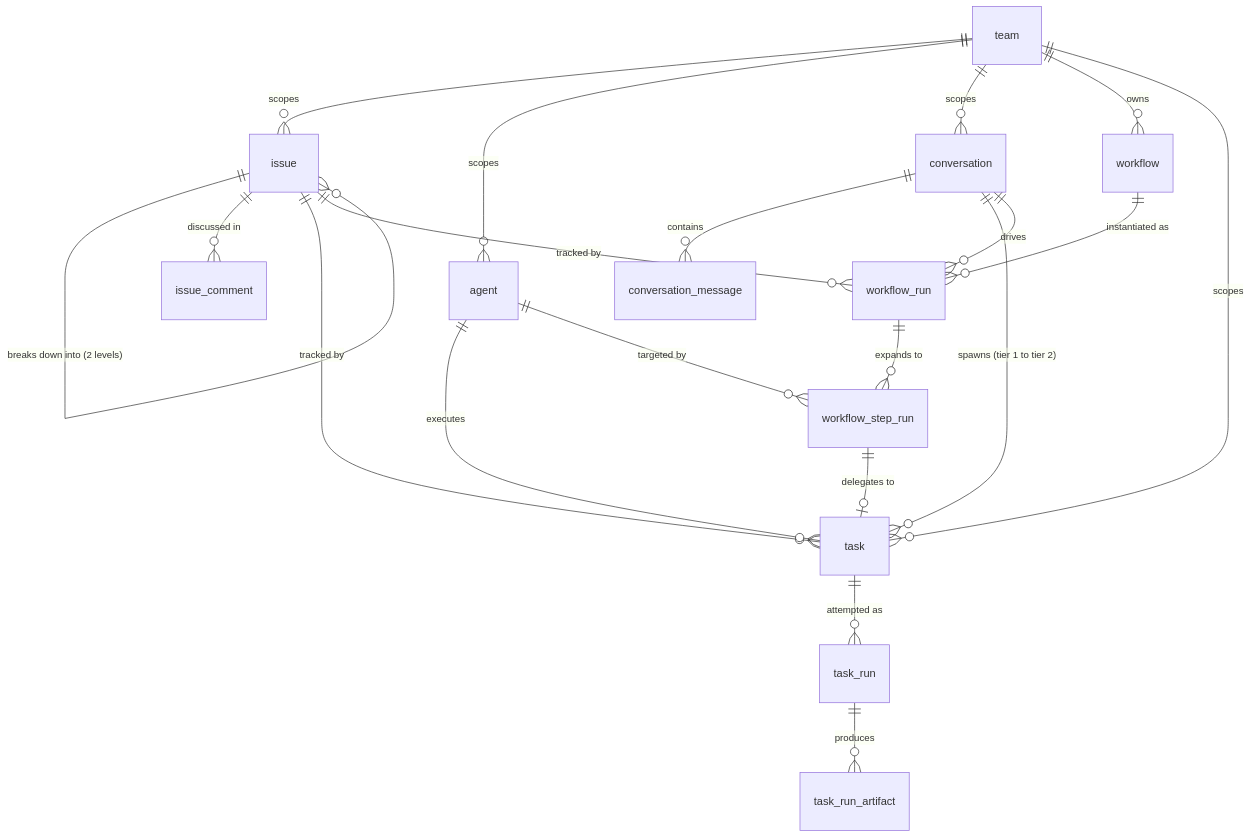
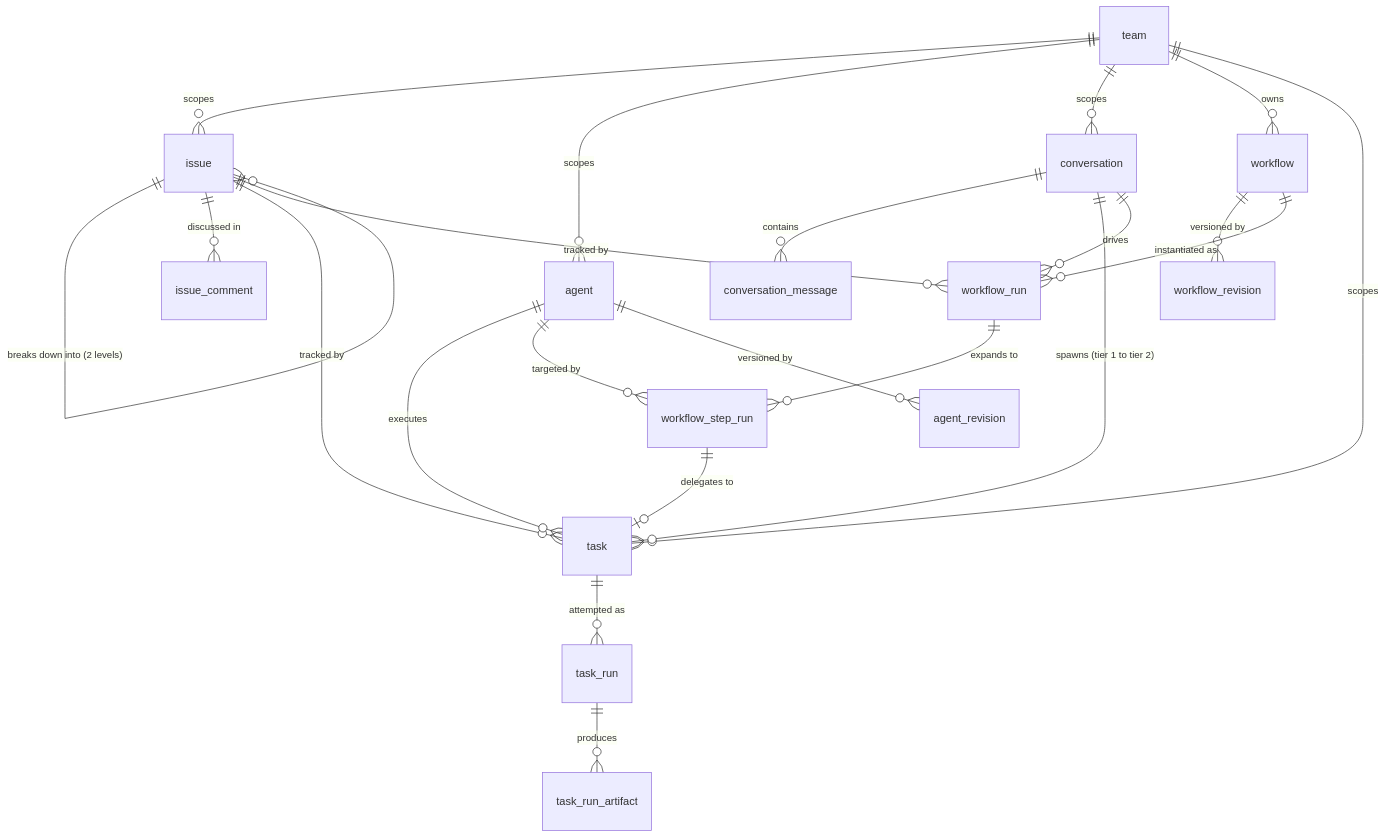
One commit to gougoujiang/buildmax changed the first of 2 diagrams in docs/contribute/architecture/data-model.md. Above: the diagram before and after it, drawn with Mermaid. The commit also changed other lines of this file and 38 other files, not shown here.

````diff
--- a/docs/contribute/architecture/data-model.md
+++ b/docs/contribute/architecture/data-model.md
@@ -70,27 +70,29 @@
 ```mermaid
 erDiagram
     team ||--o{ issue : scopes
     team ||--o{ agent : scopes
     team ||--o{ conversation : scopes
     team ||--o{ workflow : owns
     team ||--o{ task : scopes
 
     conversation ||--o{ conversation_message : contains
     conversation ||--o{ task : "spawns (tier 1 to tier 2)"
     conversation ||--o{ workflow_run : drives
 
     issue ||--o{ issue : "breaks down into (2 levels)"
     issue ||--o{ issue_comment : "discussed in"
     issue ||--o{ task : "tracked by"
     issue ||--o{ workflow_run : "tracked by"
 
     agent ||--o{ task : executes
     agent ||--o{ workflow_step_run : "targeted by"
+    agent ||--o{ agent_revision : "versioned by"
+    workflow ||--o{ workflow_revision : "versioned by"
 
     task ||--o{ task_run : "attempted as"
     task_run ||--o{ task_run_artifact : produces
 
     workflow ||--o{ workflow_run : "instantiated as"
     workflow_run ||--o{ workflow_step_run : "expands to"
     workflow_step_run ||--o| task : "delegates to"
 ```
````
